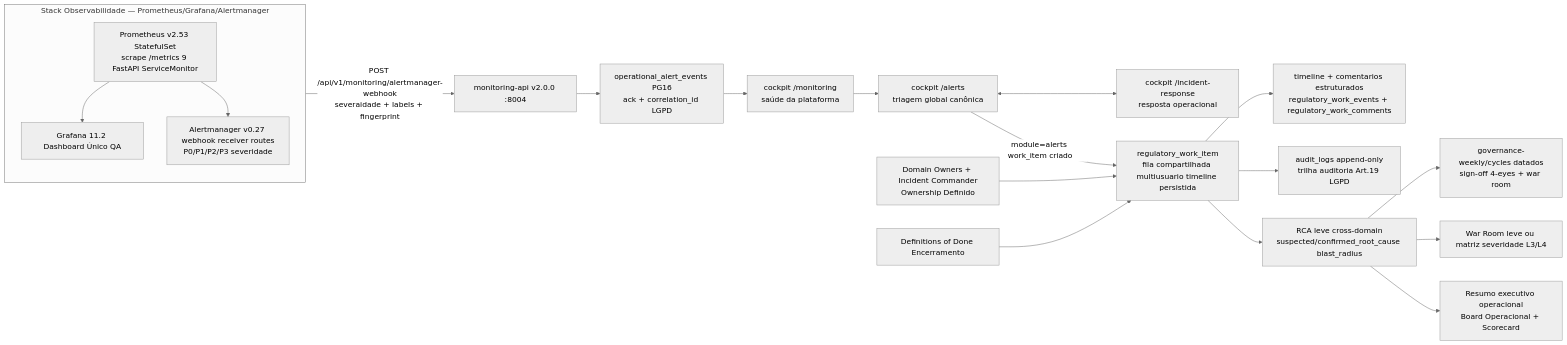
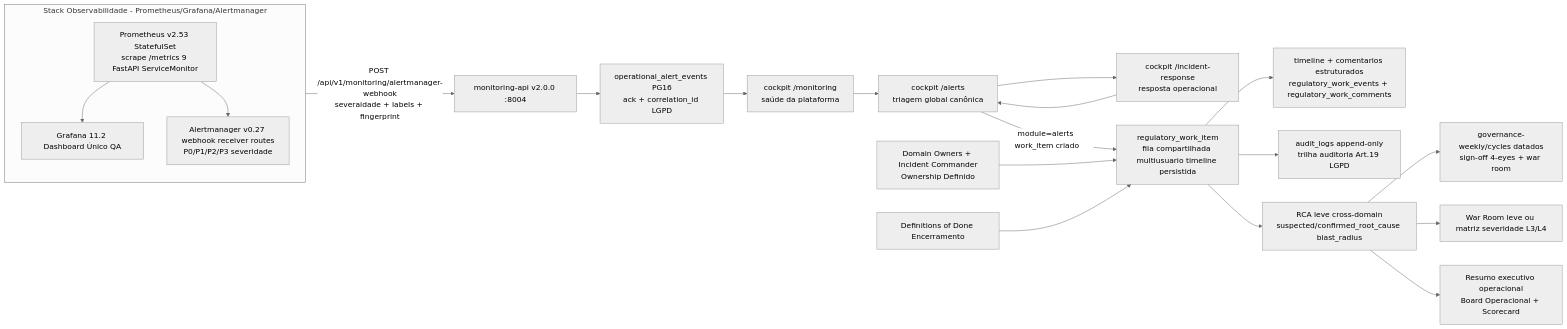
Diagram 12 of 18 in README.md (Jistriane/Ontrackchain), drawn with Mermaid (neutral theme) before and after one commit. The commit also changed other lines of this file, not shown here.

````diff
--- a/README.md
+++ b/README.md
@@ -572,24 +572,25 @@
 ```mermaid
 flowchart LR
-    subgraph StackObserv[Stack Observabilidade — Prometheus/Grafana/Alertmanager]
+    subgraph StackObserv[Stack Observabilidade  -  Prometheus/Grafana/Alertmanager]
       direction TB
       PRO[Prometheus v2.53 StatefulSet<br/>scrape /metrics 9 FastAPI ServiceMonitor]
       GRA[Grafana 11.2 Dashboard Único QA]
       AM[Alertmanager v0.27 webhook receiver routes<br/>P0/P1/P2/P3 severidade]
       PRO --> GRA; PRO --> AM
     end
     AM -->|POST /api/v1/monitoring/alertmanager-webhook<br/>severaidade + labels + fingerprint| M[monitoring-api v2.0.0 :8004]
     M --> O[operational_alert_events PG16<br/>ack + correlation_id LGPD]
     O --> MON[cockpit /monitoring<br/>saúde da plataforma]
     MON --> AL[cockpit /alerts<br/>triagem global canônica]
-    AL <--> IR[cockpit /incident-response<br/>resposta operacional]
+    AL --> IR[cockpit /incident-response<br/>resposta operacional]
+    IR --> AL
     AL -->|module=alerts work_item criado| W[regulatory_work_item<br/>fila compartilhada multiusuario timeline persistida]
     W --> T[timeline + comentarios estruturados<br/>regulatory_work_events + regulatory_work_comments]
     W --> AU[audit_logs append-only<br/>trilha auditoria Art.19 LGPD]
     W --> RCA[RCA leve cross-domain<br/>suspected/confirmed_root_cause blast_radius]
     RCA --> CY[governance-weekly/cycles datados<br/>sign-off 4-eyes + war room]
     RCA --> WR[War Room leve ou matriz severidade L3/L4]
     RCA --> RS[Resumo executivo operacional<br/>Board Operacional + Scorecard]
     DO[Domain Owners + Incident Commander<br/>Ownership Definido] --> W
     DEF[Definitions of Done Encerramento] --> W
 ```
````
